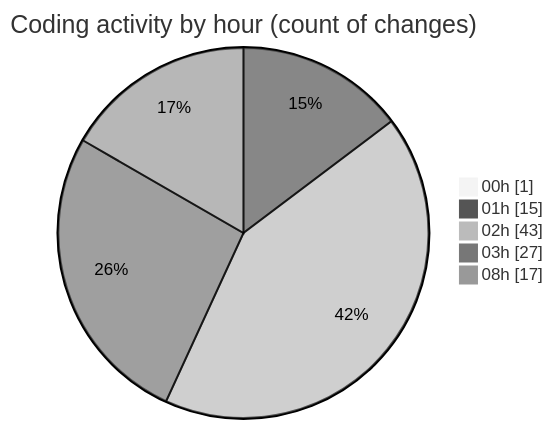
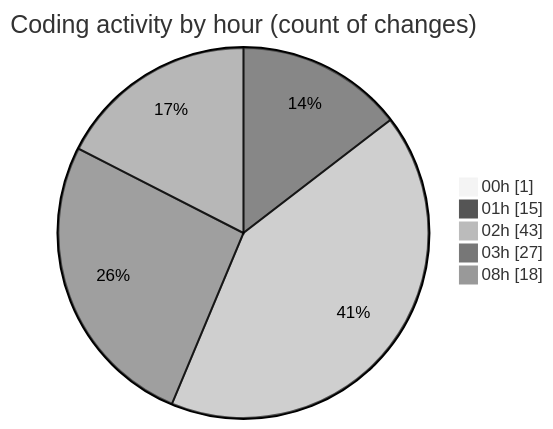
Before and after one commit to Elitesun/code-tracking: the second of 2 diagrams in 2025-05-01/niten/README.md, drawn with Mermaid (neutral theme). The commit also changed other lines of this file and 1 other file, not shown here.

````diff
--- a/2025-05-01/niten/README.md
+++ b/2025-05-01/niten/README.md
@@ -59,9 +59,9 @@
 ```mermaid
 pie showData
 title Coding activity by hour (count of changes)
 "00h" : 1
 "01h" : 15
 "02h" : 43
 "03h" : 27
-"08h" : 17
+"08h" : 18
 ```
````
